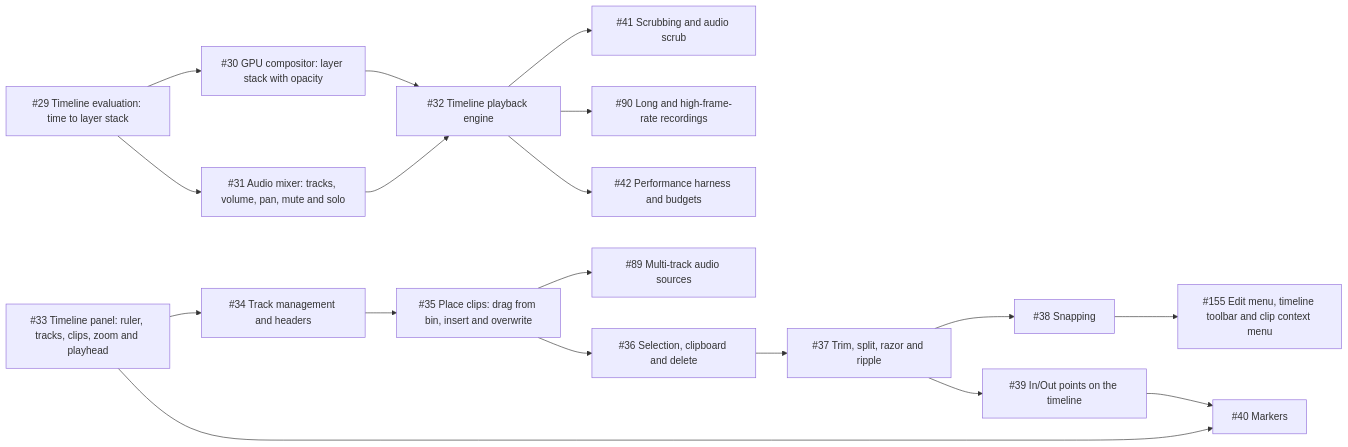
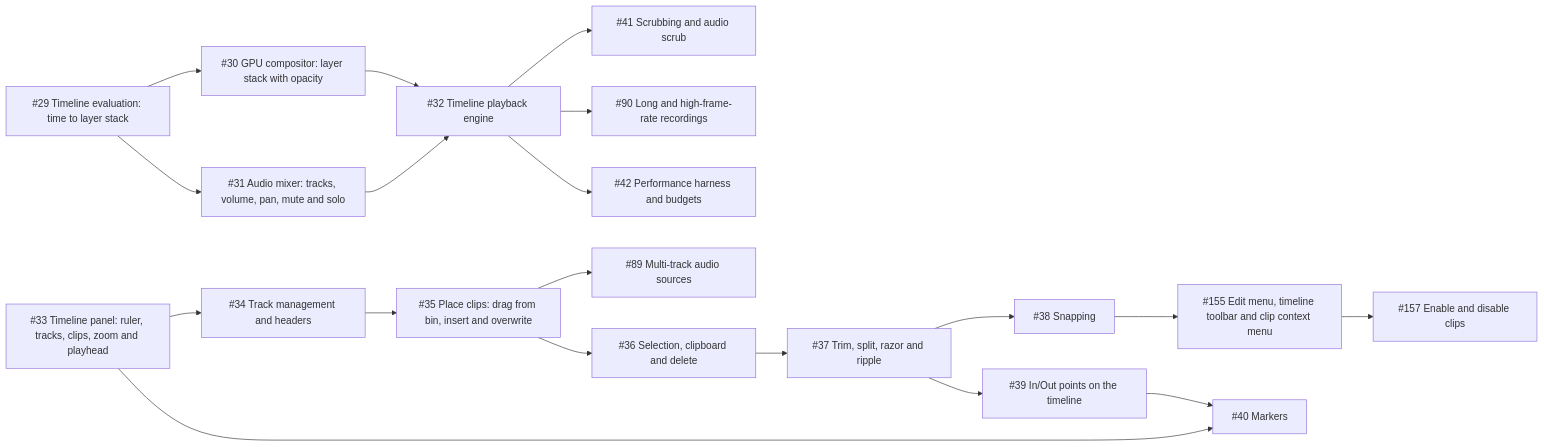
The third of 7 diagrams in docs/ROADMAP.md (jarradbanks/jvid), drawn with Mermaid before and after one commit. The commit also changed other lines of this file and 2 other files, not shown here.

Commit message:
Roadmap: add enable/disable clips (M2)

````diff
--- a/docs/ROADMAP.md
+++ b/docs/ROADMAP.md
@@ -164,37 +164,39 @@
 ```mermaid
 flowchart LR
   eval["#35;29 Timeline evaluation: time to layer stack"]
   compositor["#35;30 GPU compositor: layer stack with opacity"]
   mixer["#35;31 Audio mixer: tracks, volume, pan, mute and solo"]
   playback["#35;32 Timeline playback engine"]
   timeline_widget["#35;33 Timeline panel: ruler, tracks, clips, zoom and playhead"]
   tracks["#35;34 Track management and headers"]
   place_clips["#35;35 Place clips: drag from bin, insert and overwrite"]
   multi_audio["#35;89 Multi-track audio sources"]
   select_clipboard["#35;36 Selection, clipboard and delete"]
   trim_split["#35;37 Trim, split, razor and ripple"]
   snapping["#35;38 Snapping"]
   edit_ui["#35;155 Edit menu, timeline toolbar and clip context menu"]
+  clip_enable["#35;157 Enable and disable clips"]
   in_out["#35;39 In/Out points on the timeline"]
   markers["#35;40 Markers"]
   scrub["#35;41 Scrubbing and audio scrub"]
   long_hfr["#35;90 Long and high-frame-rate recordings"]
   perf_harness["#35;42 Performance harness and budgets"]
   eval --> compositor
   eval --> mixer
   compositor --> playback
   mixer --> playback
   timeline_widget --> tracks
   tracks --> place_clips
   place_clips --> multi_audio
   place_clips --> select_clipboard
   select_clipboard --> trim_split
   trim_split --> snapping
   snapping --> edit_ui
+  edit_ui --> clip_enable
   trim_split --> in_out
   timeline_widget --> markers
   in_out --> markers
   playback --> scrub
   playback --> long_hfr
   playback --> perf_harness
 ```
````
